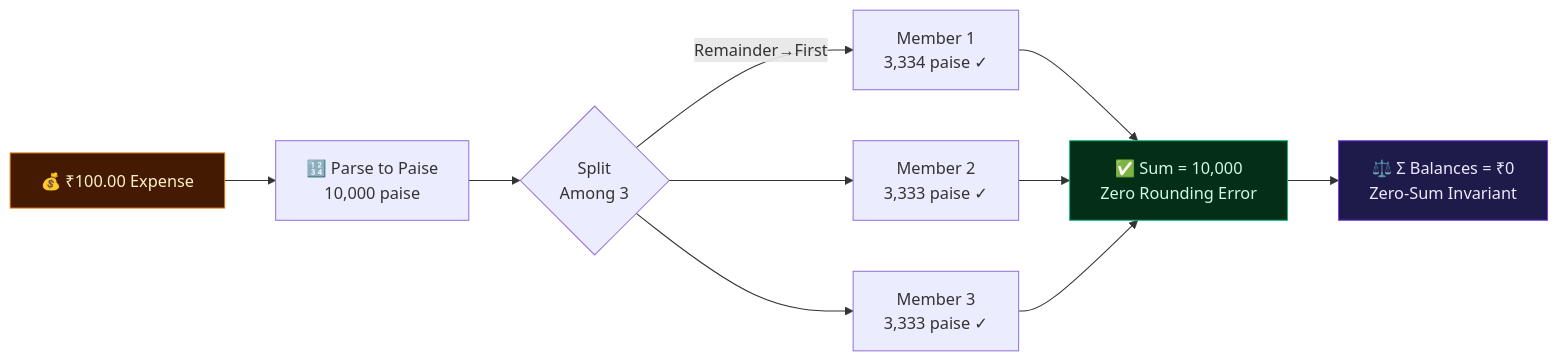
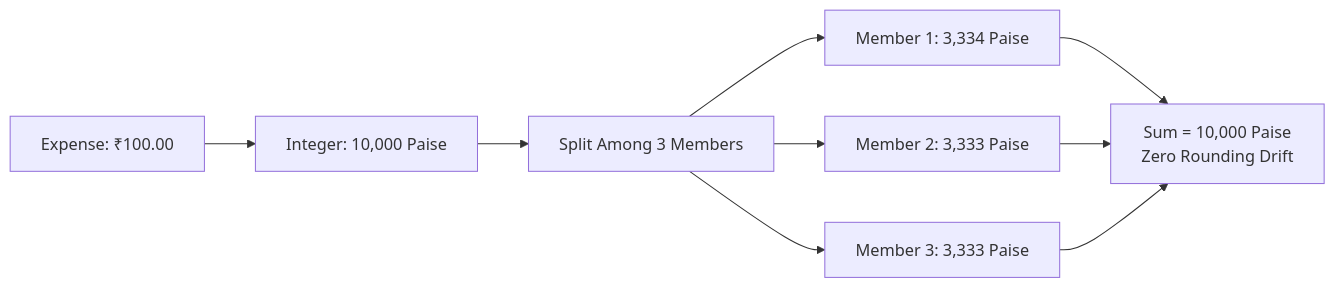
One commit to YashSurve2006/tripmate changed the first of 3 diagrams in README.md. Above: the diagram before and after it, drawn with Mermaid. The commit also changed other lines of this file, not shown here.

Commit message:
docs: streamline README with working release links, clean Mermaid diagrams, and remove broken external SVGs

````diff
--- a/README.md
+++ b/README.md
@@ -278,14 +135,11 @@
 ```mermaid
 flowchart LR
-    A["💰 ₹100.00 Expense"] --> B["🔢 Parse to Paise\n10,000 paise"]
-    B --> C{"Split\nAmong 3"}
-    C -->|"Remainder→First"| D["Member 1\n3,334 paise ✓"]
-    C --> E["Member 2\n3,333 paise ✓"]
-    C --> F["Member 3\n3,333 paise ✓"]
-    D & E & F --> G["✅ Sum = 10,000\nZero Rounding Error"]
-    G --> H["⚖️ Σ Balances = ₹0\nZero-Sum Invariant"]
-
-    style A fill:#451A03,stroke:#D97706,color:#FEF3C7
-    style G fill:#052e16,stroke:#10B981,color:#D1FAE5
-    style H fill:#1E1B4B,stroke:#7C3AED,color:#EDE9FE
+    A["Expense: ₹100.00"] --> B["Integer: 10,000 Paise"]
+    B --> C["Split Among 3 Members"]
+    C --> D["Member 1: 3,334 Paise"]
+    C --> E["Member 2: 3,333 Paise"]
+    C --> F["Member 3: 3,333 Paise"]
+    D --> G["Sum = 10,000 Paise<br/>Zero Rounding Drift"]
+    E --> G
+    F --> G
 ```
````
